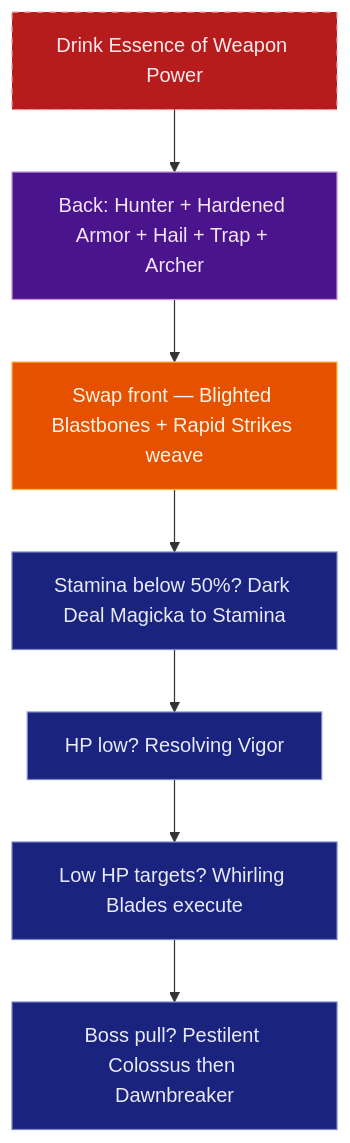
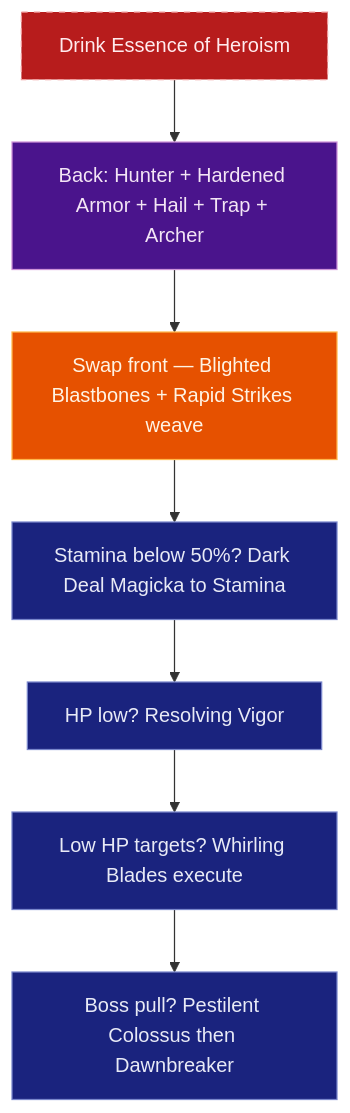
Before and after one commit to solaegis/CharacterMarkdown: the second of 3 diagrams in examples/solaegis/na/heka_ankh_plan.md, drawn with Mermaid. The commit also changed other lines of this file and 23 other files, not shown here.

````diff
--- a/examples/solaegis/na/heka_ankh_plan.md
+++ b/examples/solaegis/na/heka_ankh_plan.md
@@ -145,14 +145,14 @@
 ```mermaid
 flowchart TD
     classDef start fill:#B71C1C,stroke:#EF9A9A,stroke-dasharray:5 5,color:#FFEBEE
     classDef backbar fill:#4A148C,stroke:#CE93D8,color:#F3E5F5
     classDef swap fill:#E65100,stroke:#FFB74D,color:#FFF3E3
     classDef frontbar fill:#1A237E,stroke:#7986CB,color:#E8EAF6
 
-    A["Drink Essence of Weapon Power"]:::start --> B["Back: Hunter + Hardened Armor + Hail + Trap + Archer"]:::backbar
+    A["Drink Essence of Heroism"]:::start --> B["Back: Hunter + Hardened Armor + Hail + Trap + Archer"]:::backbar
     B --> C["Swap front — Blighted Blastbones + Rapid Strikes weave"]:::swap
     C --> D["Stamina below 50%? Dark Deal Magicka to Stamina"]:::frontbar
     D --> E["HP low? Resolving Vigor"]:::frontbar
     E --> F["Low HP targets? Whirling Blades execute"]:::frontbar
     F --> G["Boss pull? Pestilent Colossus then Dawnbreaker"]:::frontbar
 ```
````
